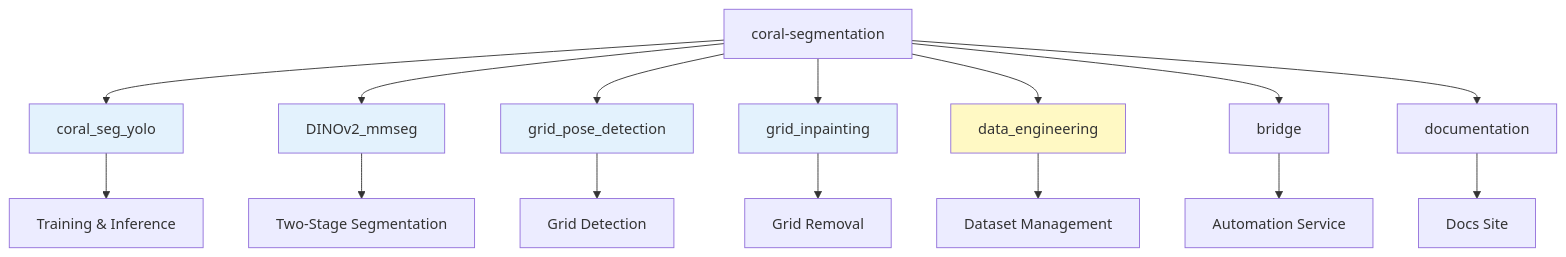
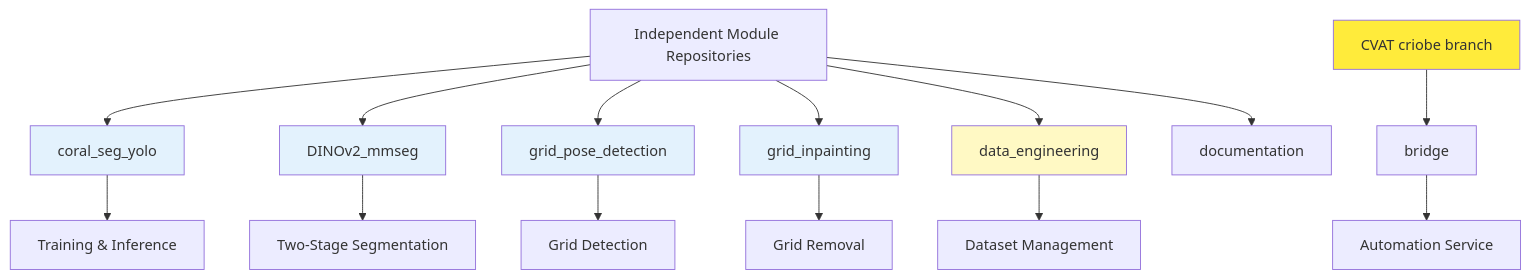
One commit to Criobe/documentation changed the diagram in docs/setup/installation/for-developers/2-module-environments.md. Above: the diagram before and after it, drawn with Mermaid. The commit also changed other lines of this file and 6 other files, not shown here.

````diff
--- a/docs/setup/installation/for-developers/2-module-environments.md
+++ b/docs/setup/installation/for-developers/2-module-environments.md
@@ -15,24 +15,24 @@
 ```mermaid
 graph TD
-    A[coral-segmentation] --> B[coral_seg_yolo]
+    A[Independent Module Repositories] --> B[coral_seg_yolo]
     A --> C[DINOv2_mmseg]
     A --> D[grid_pose_detection]
     A --> E[grid_inpainting]
     A --> F[data_engineering]
-    A --> G[bridge]
-    A --> H[documentation]
+    A --> G[documentation]
+    H[CVAT criobe branch] --> I[bridge]
 
     B --> B1[Training & Inference]
     C --> C1[Two-Stage Segmentation]
     D --> D1[Grid Detection]
     E --> E1[Grid Removal]
     F --> F1[Dataset Management]
-    G --> G1[Automation Service]
-    H --> H1[Docs Site]
+    I --> I1[Automation Service]
 
     style B fill:#e3f2fd
     style C fill:#e3f2fd
     style D fill:#e3f2fd
     style E fill:#e3f2fd
     style F fill:#fff9c4
+    style H fill:#ffeb3b
 ```
````
